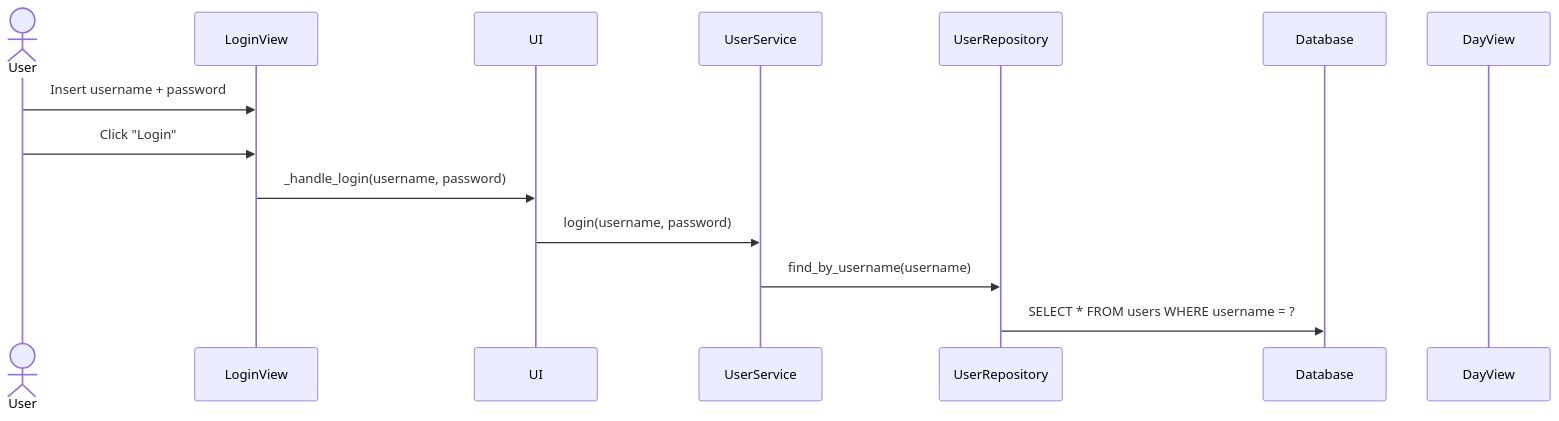
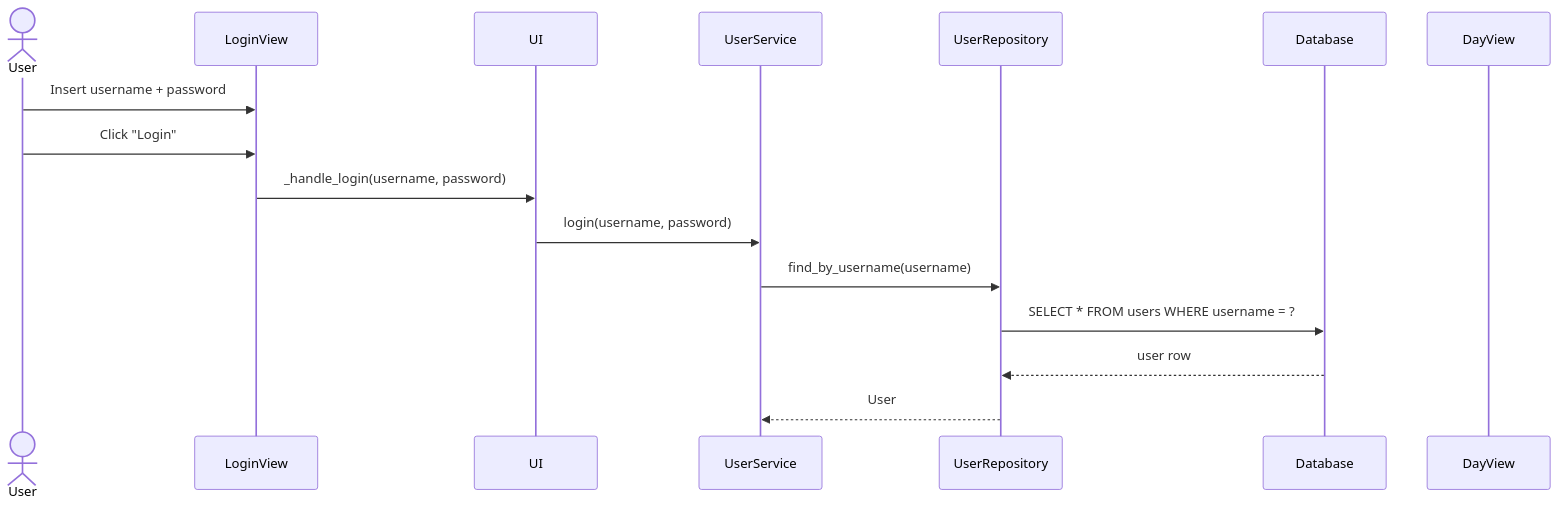
One commit to MildMunshin/ot-harjoitustyo changed the third of 3 diagrams in dokumentaatio/arkkitehtuuri.md. Above: the diagram before and after it, drawn with Mermaid.

````diff
--- a/dokumentaatio/arkkitehtuuri.md
+++ b/dokumentaatio/arkkitehtuuri.md
@@ -61,17 +61,19 @@
 ```mermaid
 sequenceDiagram
     actor User
     participant LoginView
     participant UI
     participant UserService
     participant UserRepository
     participant Database
     participant DayView
 
     User->>LoginView: Insert username + password
     User->>LoginView: Click "Login"
     LoginView->>UI: _handle_login(username, password)
     UI->>UserService: login(username, password)
     UserService->>UserRepository: find_by_username(username)
     UserRepository->>Database: SELECT * FROM users WHERE username = ?
+    Database-->>UserRepository: user row
+    UserRepository-->>UserService: User
 ```
````
